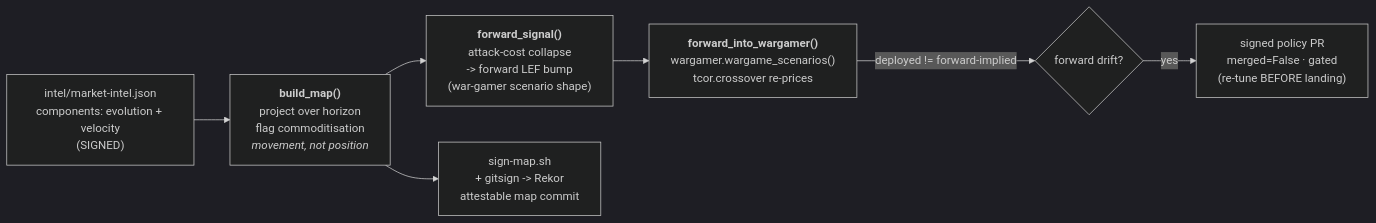
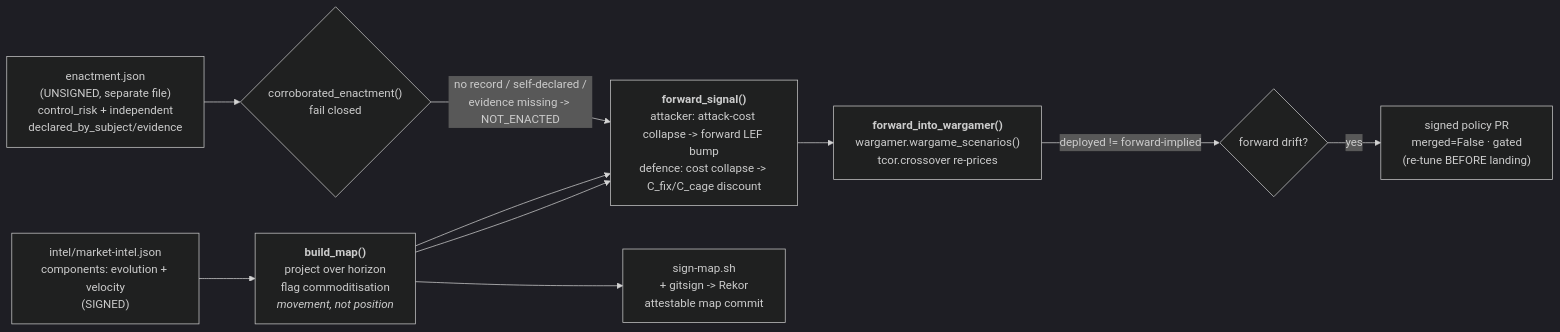
The diagram in wardley/README.md (policy-as-versioned-platform/platform), drawn with Mermaid (dark theme) before and after one commit. The commit also changed other lines of this file and 4 other files, not shown here.

First line of the commit message:
A commoditising defence lowers cost-of-controls, gated on evidence

````diff
--- a/wardley/README.md
+++ b/wardley/README.md
@@ -13,9 +15,13 @@
 ```mermaid
 flowchart LR
   intel["intel/market-intel.json<br/>components: evolution + velocity<br/>(SIGNED)"] --> map
   map["<b>build_map()</b><br/>project over horizon<br/>flag commoditisation<br/><i>movement, not position</i>"] --> sig
-  sig["<b>forward_signal()</b><br/>attack-cost collapse<br/>-> forward LEF bump<br/>(war-gamer scenario shape)"] --> seam
+  enact["enactment.json<br/>(UNSIGNED, separate file)<br/>control_risk + independent<br/>declared_by_subject/evidence"] --> gate
+  sig["<b>forward_signal()</b><br/>attacker: attack-cost collapse -> forward LEF bump<br/>defence: cost collapse -> C_fix/C_cage discount"]
+  gate{"corroborated_enactment()<br/>fail closed"} -->|no record / self-declared /<br/>evidence missing -> NOT_ENACTED| sig
+  map --> sig
+  sig --> seam
   seam["<b>forward_into_wargamer()</b><br/>wargamer.wargame_scenarios()<br/>tcor.crossover re-prices"] -->|deployed != forward-implied| drift{"forward drift?"}
   drift -->|yes| pr["signed policy PR<br/>merged=False · gated<br/>(re-tune BEFORE landing)"]
   map --> commit["sign-map.sh<br/>+ gitsign -> Rekor<br/>attestable map commit"]
 ```
````
